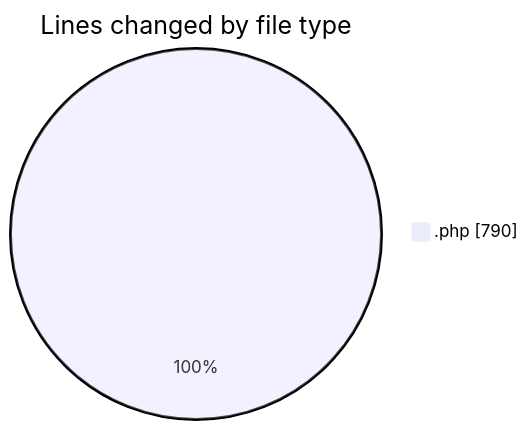
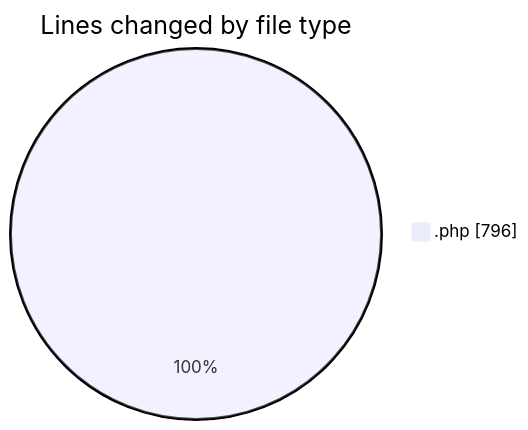
Before and after one commit to debugP/code-tracking: the first of 2 diagrams in 2025-10-14/untitled__workspace_/README.md, drawn with Mermaid. The commit also changed other lines of this file and 1 other file, not shown here.

````diff
--- a/2025-10-14/untitled__workspace_/README.md
+++ b/2025-10-14/untitled__workspace_/README.md
@@ -20,5 +20,5 @@
 ```mermaid
 pie showData
 title Lines changed by file type
-".php" : 790
+".php" : 796
 ```
````
